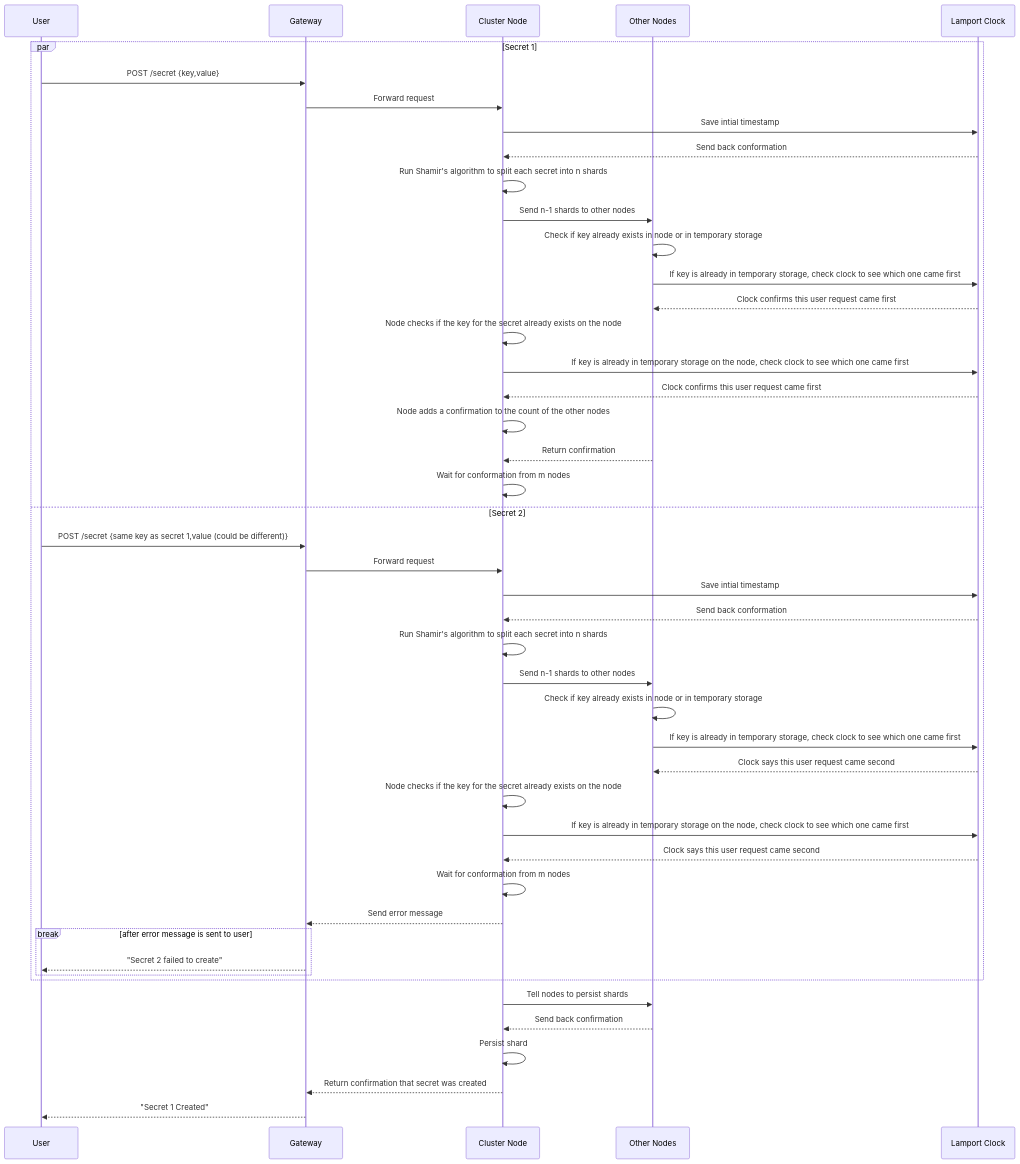
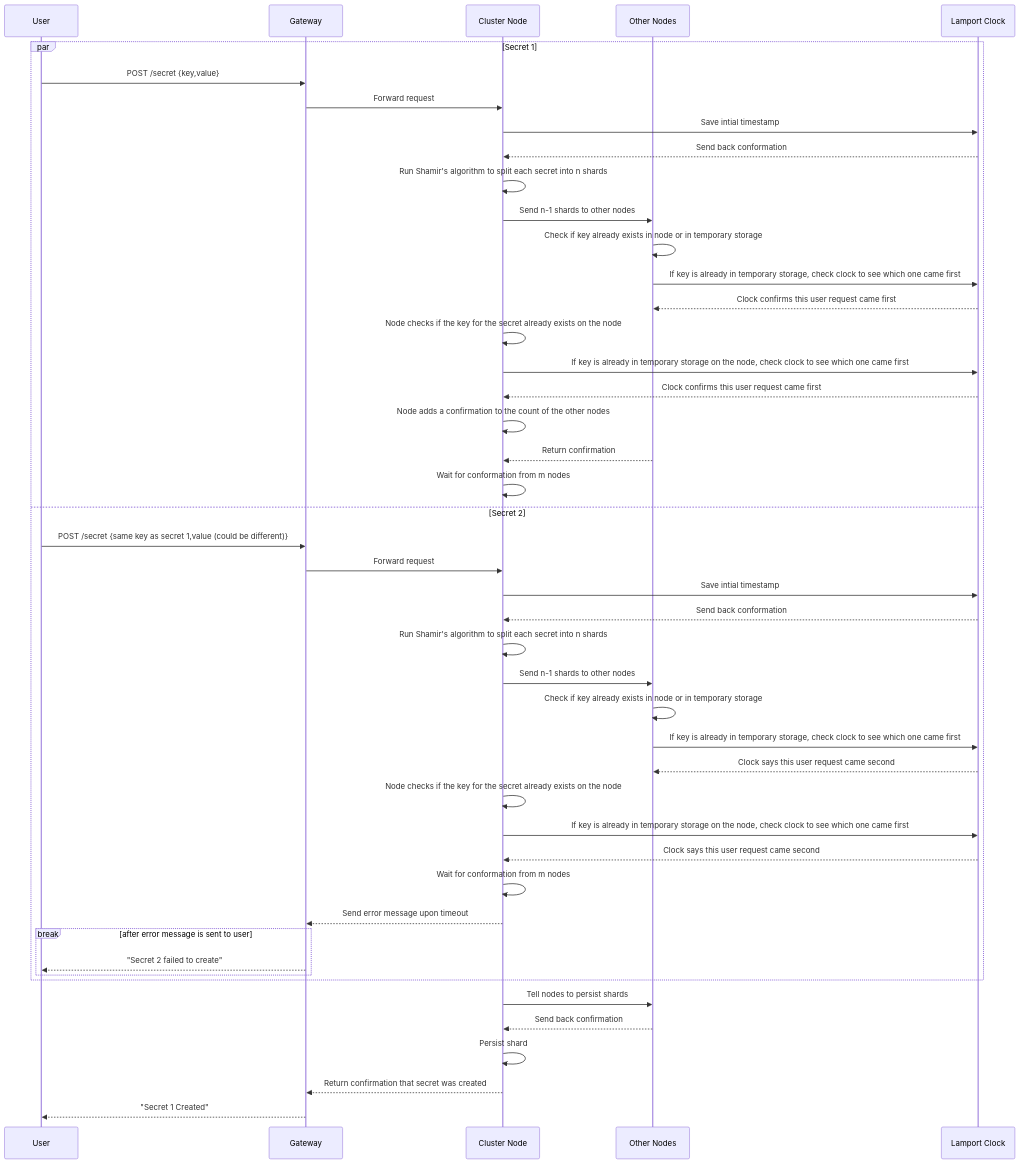
One commit to S26-Distributed-Capstone/DistributedSecretsVault changed the second of 2 diagrams in docs/crud/create.md. Above: the diagram before and after it, drawn with Mermaid. The commit also changed other lines of this file, not shown here.

Commit message:
Added timeout for secret 2

````diff
--- a/docs/crud/create.md
+++ b/docs/crud/create.md
@@ -80,49 +80,49 @@
 ```mermaid
 sequenceDiagram
     participant User
     participant Gateway
     participant Node as Cluster Node
     participant Peers as Other Nodes
     participant Clock as Lamport Clock
 
     par Secret 1
       User->>Gateway: POST /secret {key,value}
       Gateway->>Node: Forward request
       Node->>Clock: Save intial timestamp
       Clock-->>Node: Send back conformation
       Node->>Node: Run Shamir's algorithm to split each secret into n shards
       Node->>Peers: Send n-1 shards to other nodes
       Peers->>Peers: Check if key already exists in node or in temporary storage
       Peers->>Clock: If key is already in temporary storage, check clock to see which one came first
       Clock-->>Peers: Clock confirms this user request came first
       Node->>Node: Node checks if the key for the secret already exists on the node
       Node->>Clock: If key is already in temporary storage on the node, check clock to see which one came first
       Clock-->>Node: Clock confirms this user request came first
       Node->>Node: Node adds a confirmation to the count of the other nodes
       Peers-->>Node: Return confirmation
       Node->>Node: Wait for conformation from m nodes
     and Secret 2
       User->>Gateway: POST /secret {same key as secret 1,value (could be different)}
       Gateway->>Node: Forward request
       Node->>Clock: Save intial timestamp
       Clock-->>Node: Send back conformation
       Node->>Node: Run Shamir's algorithm to split each secret into n shards
       Node->>Peers: Send n-1 shards to other nodes
       Peers->>Peers: Check if key already exists in node or in temporary storage
       Peers->>Clock: If key is already in temporary storage, check clock to see which one came first
       Clock-->>Peers: Clock says this user request came second
       Node->>Node: Node checks if the key for the secret already exists on the node
       Node->>Clock: If key is already in temporary storage on the node, check clock to see which one came first
       Clock-->>Node: Clock says this user request came second
       Node->>Node: Wait for conformation from m nodes
-      Node-->>Gateway: Send error message
+      Node-->>Gateway: Send error message upon timeout
       break after error message is sent to user
         Gateway-->>User: "Secret 2 failed to create"
       end
     end
     Node->>Peers: Tell nodes to persist shards
     Peers-->>Node: Send back confirmation
     Node->>Node: Persist shard
     Node-->>Gateway: Return confirmation that secret was created
     Gateway-->>User: "Secret 1 Created"
 ```
````
